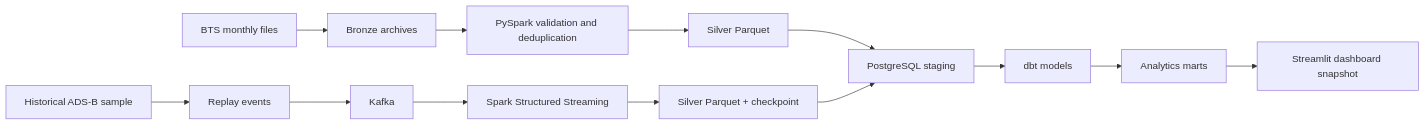
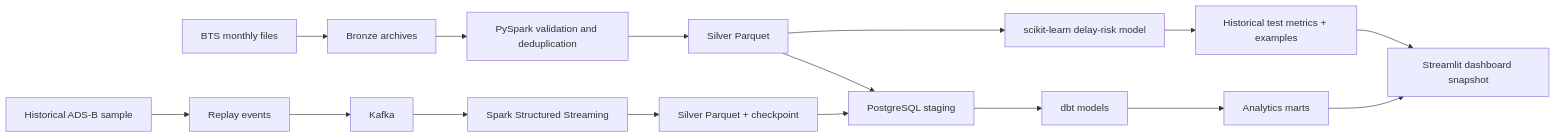
The diagram in README.md (ibai71/flightpulse), drawn with Mermaid before and after one commit. The commit also changed other lines of this file and 20 other files, not shown here.

Commit message:
Add calibrated at-departure delay risk model

````diff
--- a/README.md
+++ b/README.md
@@ -27,15 +28,18 @@
 ```mermaid
 flowchart LR
   A[BTS monthly files] --> B[Bronze archives]
   B --> C[PySpark validation and deduplication]
   C --> D[Silver Parquet]
+  D --> ML[scikit-learn delay-risk model]
+  ML --> M[Historical test metrics + examples]
   D --> E[PostgreSQL staging]
   E --> F[dbt models]
   F --> G[Analytics marts]
   H[Historical ADS-B sample] --> I[Replay events]
   I --> J[Kafka]
   J --> K[Spark Structured Streaming]
   K --> L[Silver Parquet + checkpoint]
   L --> E
-  G --> M[Streamlit dashboard snapshot]
+  G --> N[Streamlit dashboard snapshot]
+  M --> N
 ```
````
